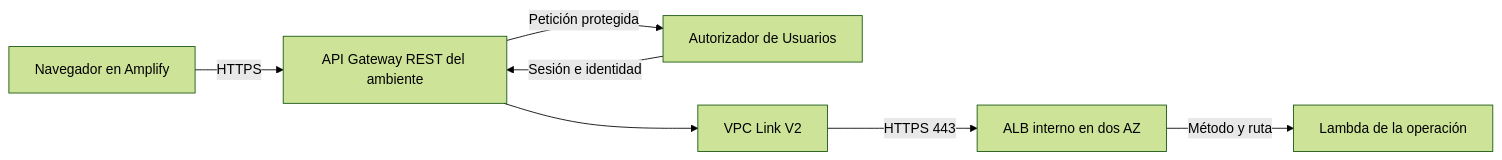
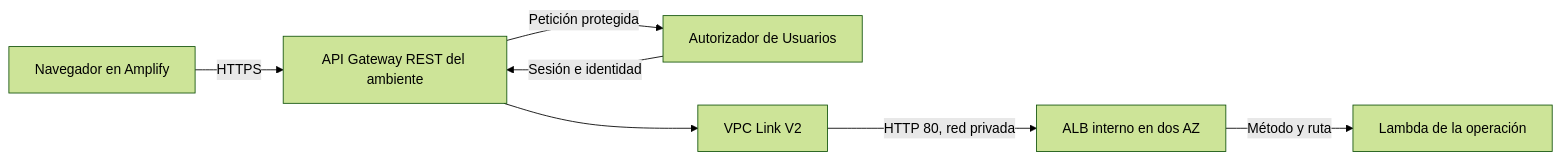
The diagram in docs/AMBIENTES_DEV_TEST_PROD.md (rvcuba-utec/cloud-project-v2), drawn with Mermaid (forest theme) before and after one commit. The commit also changed other lines of this file and 8 other files, not shown here.

````diff
--- a/docs/AMBIENTES_DEV_TEST_PROD.md
+++ b/docs/AMBIENTES_DEV_TEST_PROD.md
@@ -36,9 +36,9 @@
 ```mermaid
 flowchart LR
     Web[Navegador en Amplify] -->|HTTPS| API[API Gateway REST del ambiente]
     API -->|Petición protegida| Auth[Autorizador de Usuarios]
     Auth -->|Sesión e identidad| API
     API --> Link[VPC Link V2]
-    Link -->|HTTPS 443| ALB[ALB interno en dos AZ]
+    Link -->|HTTP 80, red privada| ALB[ALB interno en dos AZ]
     ALB -->|Método y ruta| Lambda[Lambda de la operación]
 ```
````
